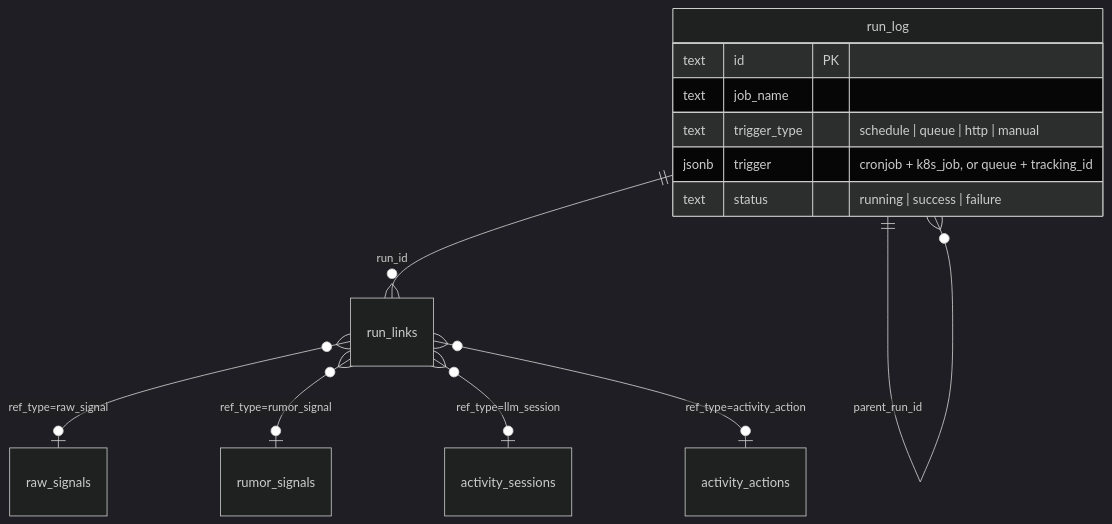
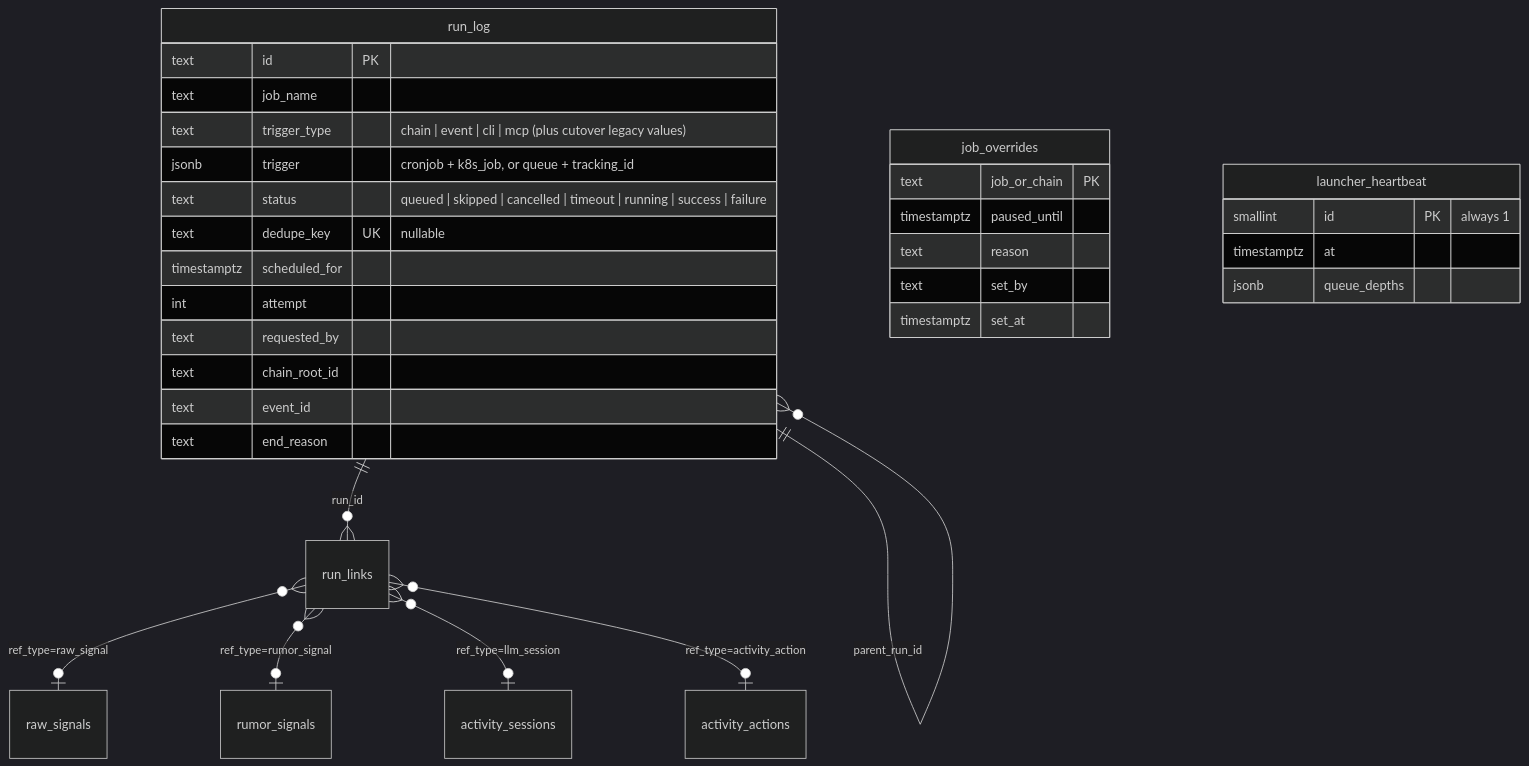
The fifth of 6 diagrams in docs/data-model.md (cvillarr23/fantasy-core-pipeline), drawn with Mermaid (dark theme) before and after one commit. The commit also changed other lines of this file and 6 other files, not shown here.

````diff
--- a/docs/data-model.md
+++ b/docs/data-model.md
@@ -113,16 +113,35 @@
 ```mermaid
 erDiagram
     run_log ||--o{ run_links : "run_id"
     run_log ||--o{ run_log : "parent_run_id"
     run_links }o--o| raw_signals : "ref_type=raw_signal"
     run_links }o--o| rumor_signals : "ref_type=rumor_signal"
     run_links }o--o| activity_sessions : "ref_type=llm_session"
     run_links }o--o| activity_actions : "ref_type=activity_action"
     run_log {
         text id PK
         text job_name
-        text trigger_type "schedule | queue | http | manual"
+        text trigger_type "chain | event | cli | mcp (plus cutover legacy values)"
         jsonb trigger "cronjob + k8s_job, or queue + tracking_id"
-        text status "running | success | failure"
+        text status "queued | skipped | cancelled | timeout | running | success | failure"
+        text dedupe_key UK "nullable"
+        timestamptz scheduled_for
+        int attempt
+        text requested_by
+        text chain_root_id
+        text event_id
+        text end_reason
+    }
+    job_overrides {
+        text job_or_chain PK
+        timestamptz paused_until
+        text reason
+        text set_by
+        timestamptz set_at
+    }
+    launcher_heartbeat {
+        smallint id PK "always 1"
+        timestamptz at
+        jsonb queue_depths
     }
 ```
````
